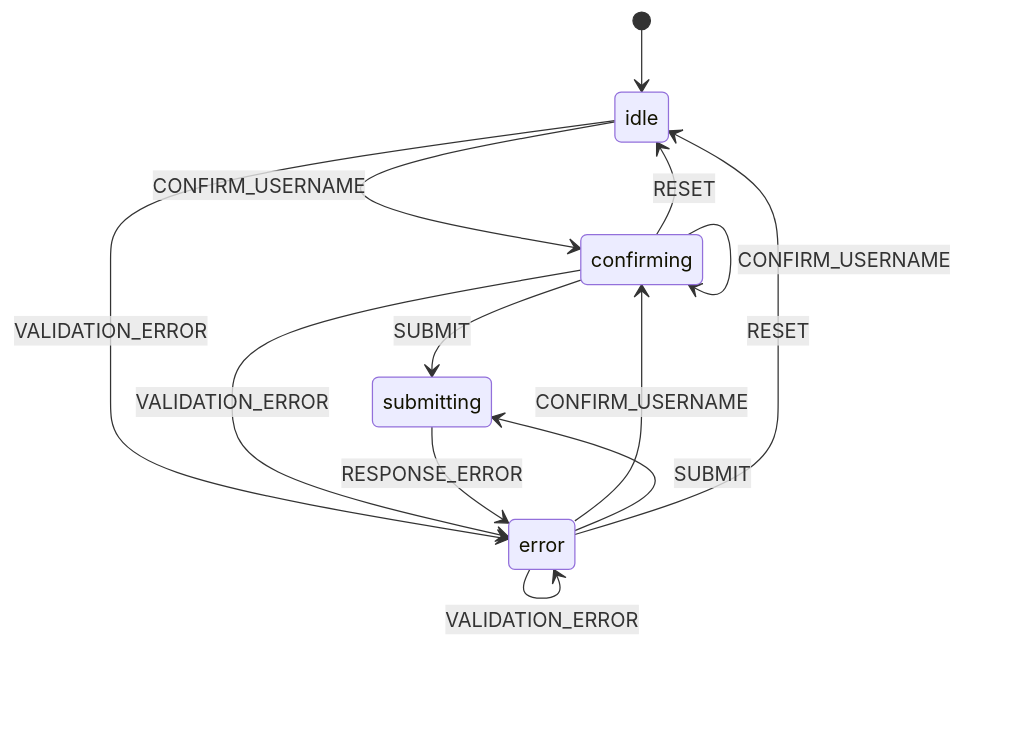
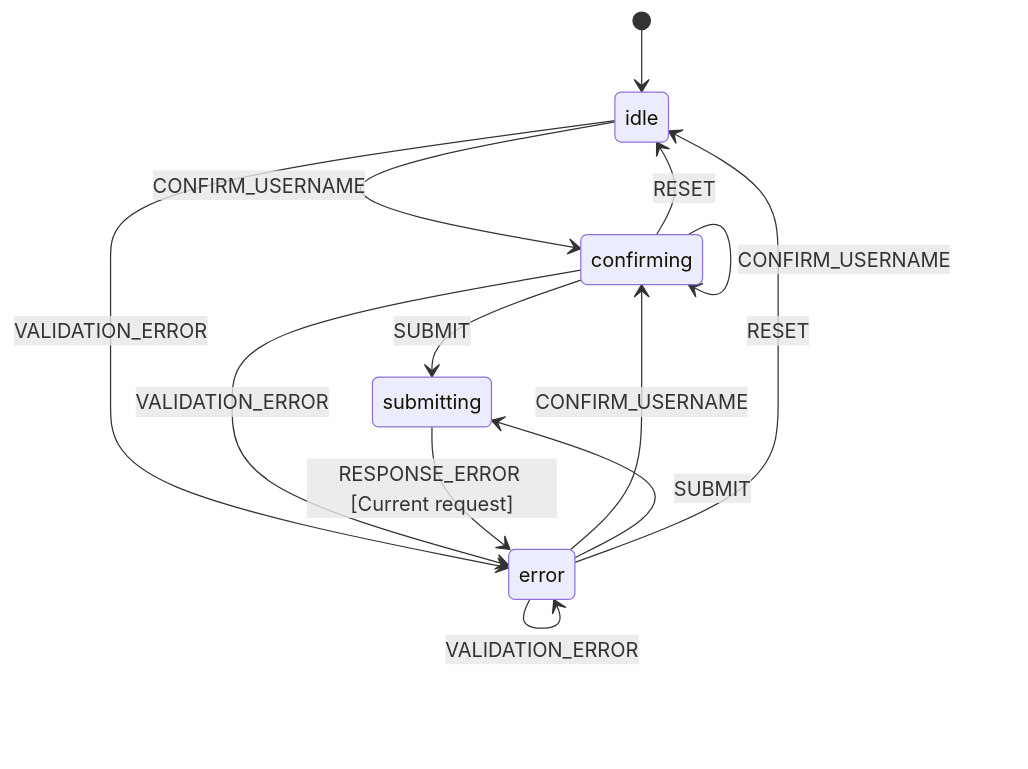
Diagram 49 of 52 in docs/contributing/state-machines.md (kody-hq/kody), drawn with Mermaid before and after one commit. The commit also changed other lines of this file and 100 other files, not shown here.

````diff
--- a/docs/contributing/state-machines.md
+++ b/docs/contributing/state-machines.md
@@ -1769,15 +1769,15 @@
 ```mermaid
 stateDiagram-v2
     [*] --> idle
     idle --> confirming: CONFIRM_USERNAME
     idle --> error: VALIDATION_ERROR
     confirming --> confirming: CONFIRM_USERNAME
     confirming --> submitting: SUBMIT
     confirming --> error: VALIDATION_ERROR
     confirming --> idle: RESET
-    submitting --> error: RESPONSE_ERROR
+    submitting --> error: RESPONSE_ERROR [Current request]
     error --> confirming: CONFIRM_USERNAME
     error --> submitting: SUBMIT
     error --> error: VALIDATION_ERROR
     error --> idle: RESET
 ```
````
